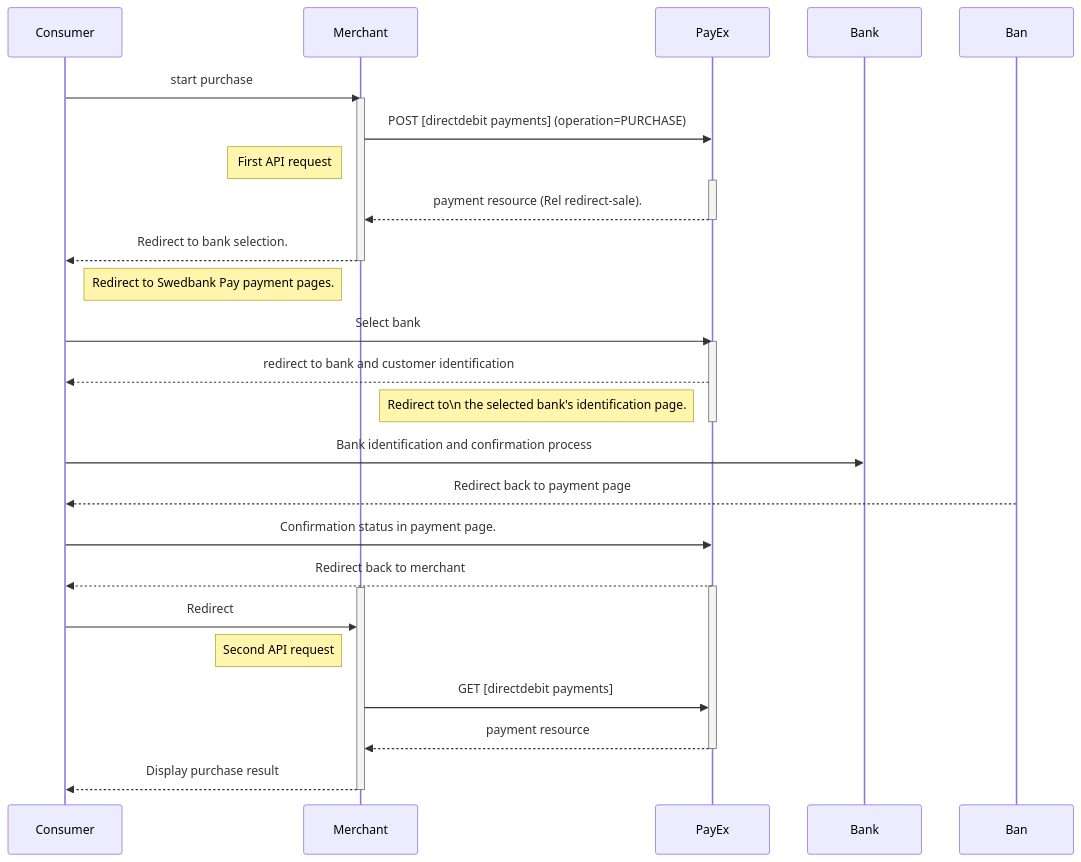
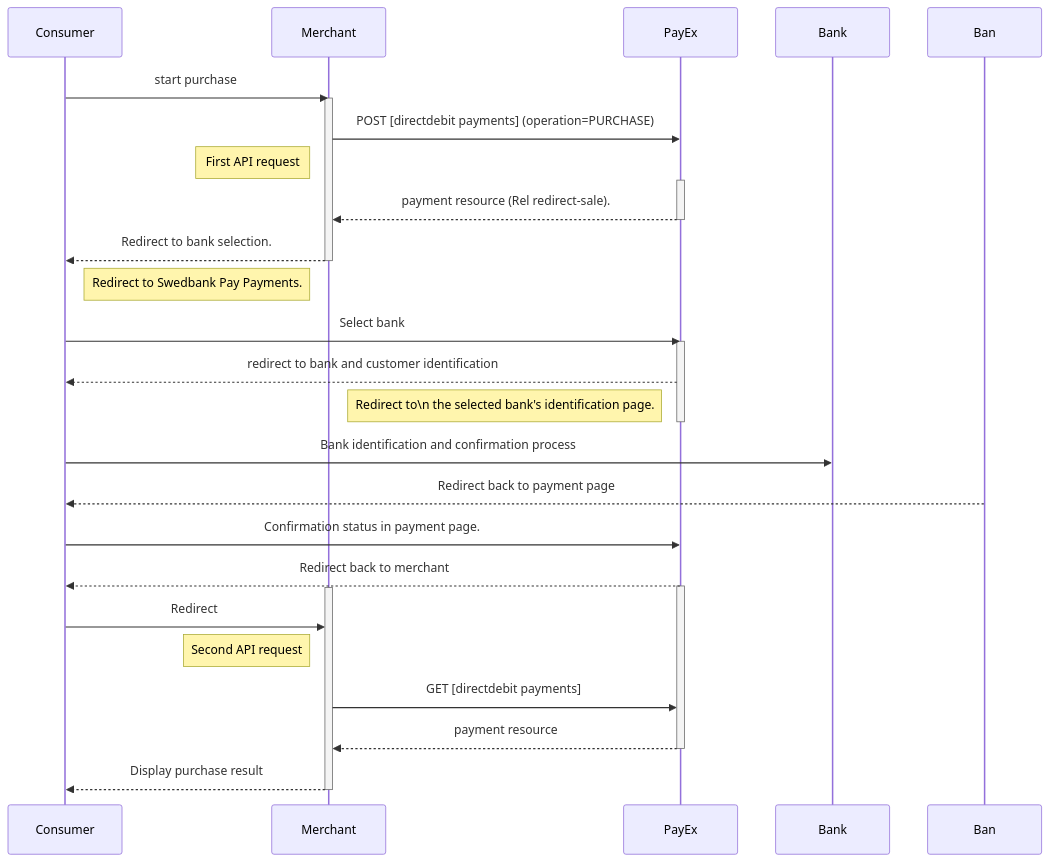
One commit to SwedbankPay/developer.swedbankpay.com changed the diagram in payments/direct-debit/index.md. Above: the diagram before and after it, drawn with Mermaid. The commit also changed 15 other files, not shown here.

Commit message:
Payment Pages -> Payments

````diff
--- a/payments/direct-debit/index.md
+++ b/payments/direct-debit/index.md
@@ -80,35 +80,35 @@
 ```mermaid
 sequenceDiagram
   Consumer->>Merchant: start purchase
   Activate Merchant
   Merchant->>PayEx: POST [directdebit payments] (operation=PURCHASE)
   note left of Merchant: First API request
   Activate PayEx
   PayEx-->>Merchant: payment resource (Rel redirect-sale).
   Deactivate PayEx
 
   Merchant-->>Consumer: Redirect to bank selection.
   Deactivate Merchant
-  note left of Merchant: Redirect to Swedbank Pay payment pages.
+  note left of Merchant: Redirect to Swedbank Pay Payments.
   Consumer->>PayEx: Select bank
   Activate PayEx
 
   PayEx-->>Consumer: redirect to bank and customer identification
   note left of PayEx: Redirect to\n the selected bank's identification page.
   Deactivate PayEx
 
   Consumer->> Bank: Bank identification and confirmation process
   Ban-->>Consumer: Redirect back to payment page
 
   Consumer->>PayEx: Confirmation status in payment page.
   PayEx-->>Consumer: Redirect back to merchant
   Activate PayEx
   Activate Merchant
   Consumer->>Merchant : Redirect
   note left of Merchant: Second API request
   Merchant->>PayEx: GET [directdebit payments]
   PayEx-->>Merchant: payment resource
   Deactivate PayEx
   Merchant-->>Consumer: Display purchase result
   Deactivate Merchant
 ```
````
